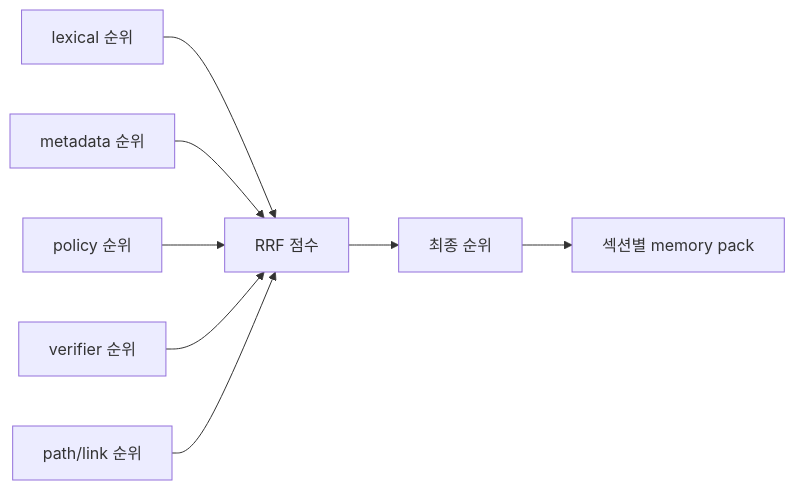
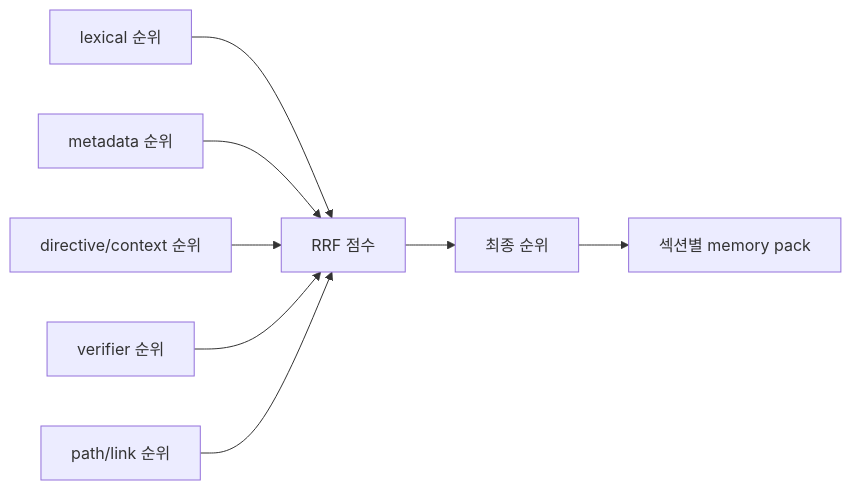
One commit to lteawoo/MemAssist changed the sixth of 8 diagrams in README.md. Above: the diagram before and after it, drawn with Mermaid. The commit also changed other lines of this file and 41 other files, not shown here.

````diff
--- a/README.md
+++ b/README.md
@@ -306,10 +307,10 @@
 ```mermaid
 flowchart LR
     A[lexical 순위] --> E[RRF 점수]
     B[metadata 순위] --> E
-    C[policy 순위] --> E
+    C[directive/context 순위] --> E
     D[verifier 순위] --> E
     F[path/link 순위] --> E
     E --> G[최종 순위]
     G --> H[섹션별 memory pack]
 ```
````
